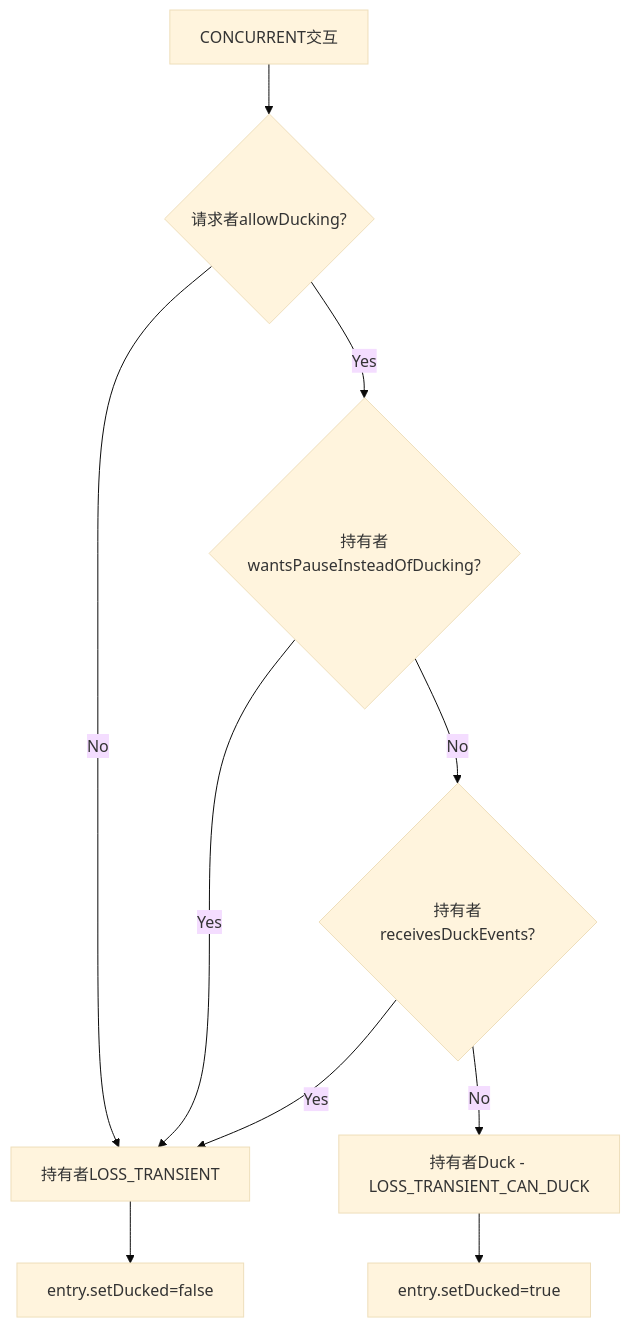
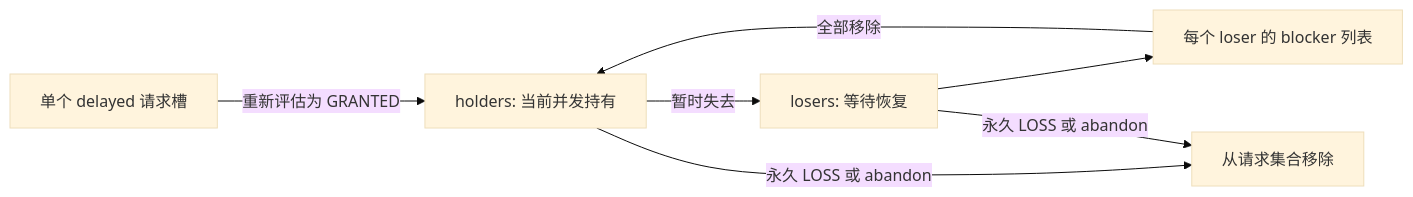
The first of 3 diagrams in 09_AAOS_Car_Audio/09_9.4_CarAudioFocus-车载焦点管理.md (yanglinzhen1022/SA8295_AAOS_QNX_Audio_KnowledgeBase), drawn with Mermaid (base theme) before and after one commit. The commit also changed other lines of this file and 13 other files, not shown here.

````diff
--- a/09_AAOS_Car_Audio/09_9.4_CarAudioFocus-车载焦点管理.md
+++ b/09_AAOS_Car_Audio/09_9.4_CarAudioFocus-车载焦点管理.md
@@ -546,13 +22,9 @@
 ```mermaid
-flowchart TB
-    Concurrent[CONCURRENT交互] --> AllowDuck{请求者allowDucking?}
-    AllowDuck -->|No| Loss[持有者LOSS_TRANSIENT]
-    AllowDuck -->|Yes| PauseInstead{持有者wantsPauseInsteadOfDucking?}
-    PauseInstead -->|Yes| Loss
-    PauseInstead -->|No| ReceiveDuck{持有者receivesDuckEvents?}
-    ReceiveDuck -->|Yes| Loss
-    ReceiveDuck -->|No| Duck[持有者Duck - LOSS_TRANSIENT_CAN_DUCK]
-
-    Duck --> setDucked_true[entry.setDucked=true]
-    Loss --> setDucked_false[entry.setDucked=false]
+flowchart LR
+    H[holders: 当前并发持有] -->|暂时失去| L[losers: 等待恢复]
+    L --> B[每个 loser 的 blocker 列表]
+    B -->|全部移除| H
+    H -->|永久 LOSS 或 abandon| X[从请求集合移除]
+    L -->|永久 LOSS 或 abandon| X
+    D[单个 delayed 请求槽] -->|重新评估为 GRANTED| H
 ```
````
